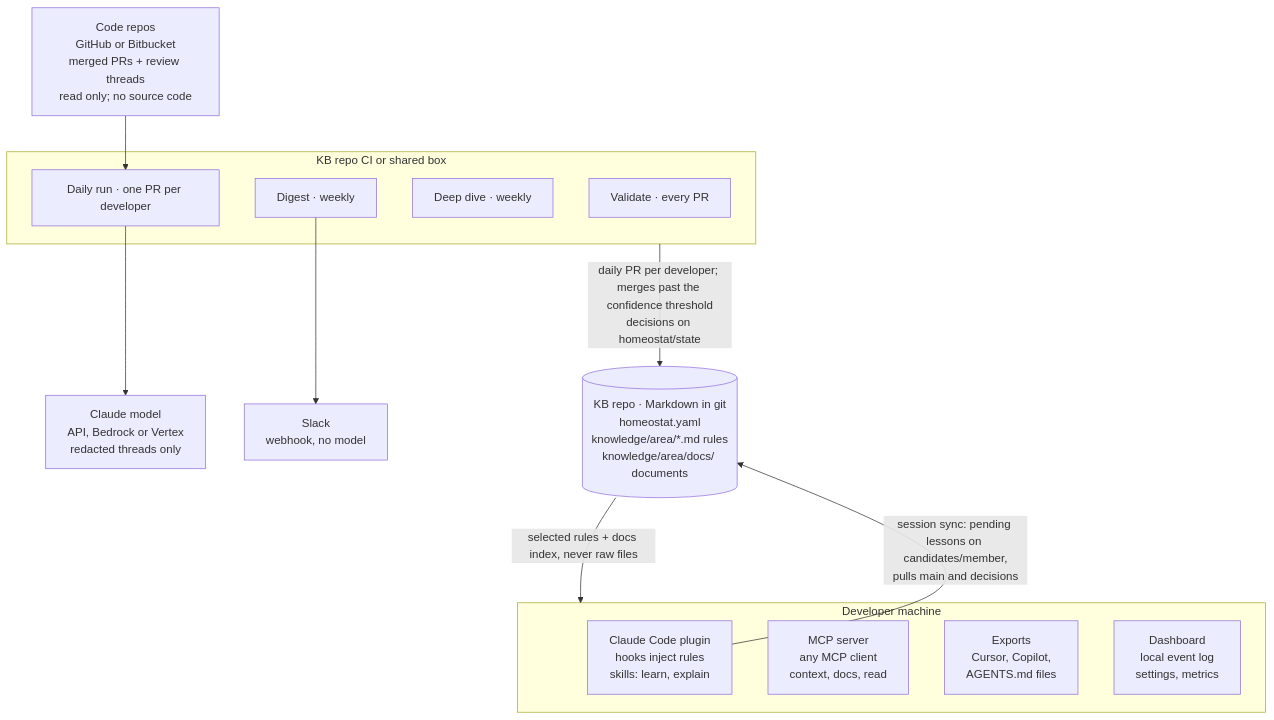
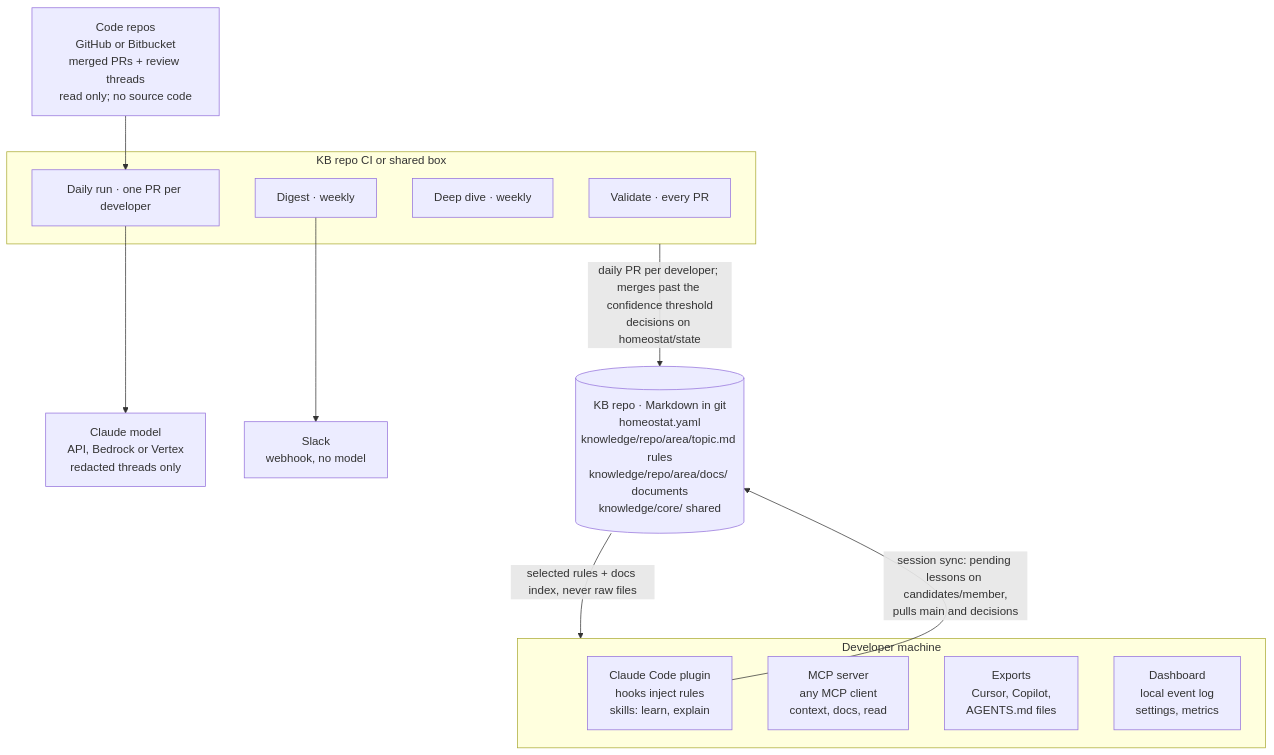
One commit to ysugarmen/homeostat changed the diagram in docs/architecture.md. Above: the diagram before and after it, drawn with Mermaid. The commit also changed other lines of this file and 23 other files, not shown here.

````diff
--- a/docs/architecture.md
+++ b/docs/architecture.md
@@ -30,25 +30,25 @@
 ```mermaid
 flowchart TB
   code["Code repos<br/>GitHub or Bitbucket<br/>merged PRs + review threads<br/>read only; no source code"]
   subgraph ci["KB repo CI or shared box"]
     validate["Validate · every PR"]
     curator["Daily run · one PR per developer"]
     deep["Deep dive · weekly"]
     digest["Digest · weekly"]
   end
   model["Claude model<br/>API, Bedrock or Vertex<br/>redacted threads only"]
   slack["Slack<br/>webhook, no model"]
-  kb[("KB repo · Markdown in git<br/>homeostat.yaml<br/>knowledge/area/*.md rules<br/>knowledge/area/docs/ documents")]
+  kb[("KB repo · Markdown in git<br/>homeostat.yaml<br/>knowledge/repo/area/topic.md rules<br/>knowledge/repo/area/docs/ documents<br/>knowledge/core/ shared")]
   subgraph dev["Developer machine"]
     plugin["Claude Code plugin<br/>hooks inject rules<br/>skills: learn, explain"]
     mcp["MCP server<br/>any MCP client<br/>context, docs, read"]
     exports["Exports<br/>Cursor, Copilot,<br/>AGENTS.md files"]
     dash["Dashboard<br/>local event log<br/>settings, metrics"]
   end
   code --> curator
   curator --> model
   digest --> slack
   ci -- "daily PR per developer; merges past the confidence threshold<br/>decisions on homeostat/state" --> kb
   kb -- "selected rules + docs index, never raw files" --> dev
   plugin -- "session sync: pending lessons on candidates/member,<br/>pulls main and decisions" --> kb
 ```
````
